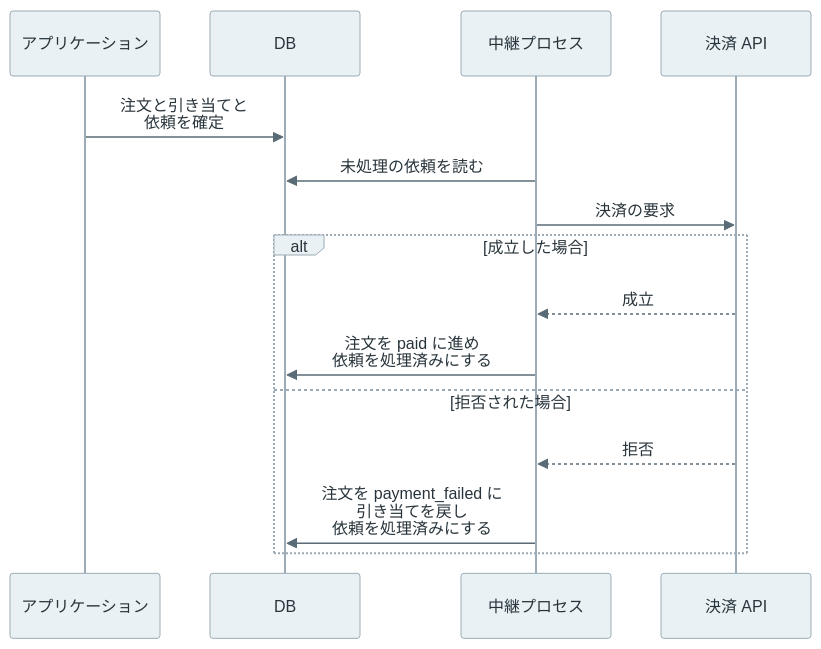
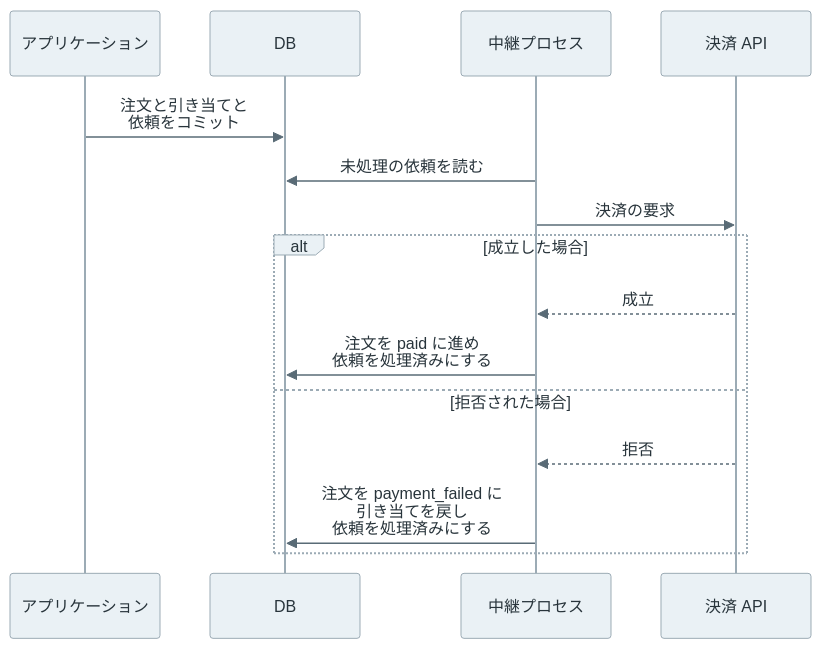
Before and after one commit to nao1215/debimate: the third of 3 diagrams in content/notes/database-systems/transaction-scope/index.md, drawn with Mermaid. The commit also changed other lines of this file and 32 other files, not shown here.

````diff
--- a/content/notes/database-systems/transaction-scope/index.md
+++ b/content/notes/database-systems/transaction-scope/index.md
@@ -237,18 +237,18 @@
 ```mermaid
 %%{init: {"theme":"base","themeVariables":{"primaryColor":"#eaf1f5","primaryTextColor":"#28343b","primaryBorderColor":"#9cabb5","lineColor":"#596b76","textColor":"#28343b","actorBkg":"#eaf1f5","actorBorder":"#9cabb5","actorTextColor":"#28343b","actorLineColor":"#9cabb5","signalColor":"#596b76","signalTextColor":"#28343b","noteBkgColor":"#f7f1e5","noteBorderColor":"#c5b99b","noteTextColor":"#403c32","activationBkgColor":"#edf3ef","activationBorderColor":"#9aafa1"}}}%%
 sequenceDiagram
     participant App as アプリケーション
     participant DB as DB
     participant Rel as 中継プロセス
     participant Pay as 決済 API
-    App->>DB: 注文と引き当てと<br/>依頼を確定
+    App->>DB: 注文と引き当てと<br/>依頼をコミット
     Rel->>DB: 未処理の依頼を読む
     Rel->>Pay: 決済の要求
     alt 成立した場合
         Pay-->>Rel: 成立
         Rel->>DB: 注文を paid に進め<br/>依頼を処理済みにする
     else 拒否された場合
         Pay-->>Rel: 拒否
         Rel->>DB: 注文を payment_failed に<br/>引き当てを戻し<br/>依頼を処理済みにする
     end
 ```
````
